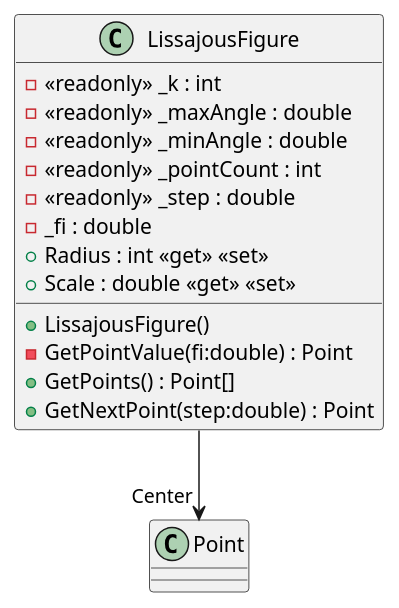
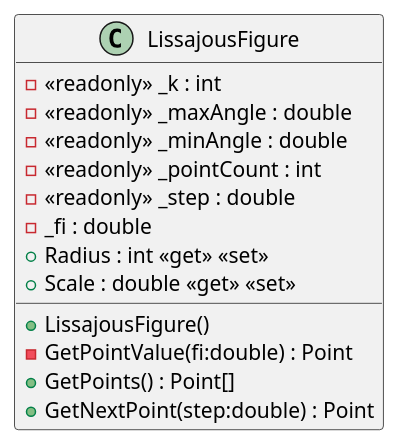
The diagram in Docs/Programming/Shapes/LissajousFigure.puml (Ruslan-Gabbazov/Programming), drawn with PlantUML before and after one commit. The commit also changed 16 other files, not shown here.

Commit message:
Add class diagrams

```diff
--- a/Docs/Programming/Shapes/LissajousFigure.puml
+++ b/Docs/Programming/Shapes/LissajousFigure.puml
@@ -1,17 +1,16 @@
 @startuml
 class LissajousFigure {
     - <<readonly>> _k : int
     - <<readonly>> _maxAngle : double
     - <<readonly>> _minAngle : double
     - <<readonly>> _pointCount : int
     - <<readonly>> _step : double
     - _fi : double
     + LissajousFigure()
     + Radius : int <<get>> <<set>>
     + Scale : double <<get>> <<set>>
     - GetPointValue(fi:double) : Point
     + GetPoints() : Point[]
     + GetNextPoint(step:double) : Point
 }
-LissajousFigure --> "Center" Point
 @enduml
```
